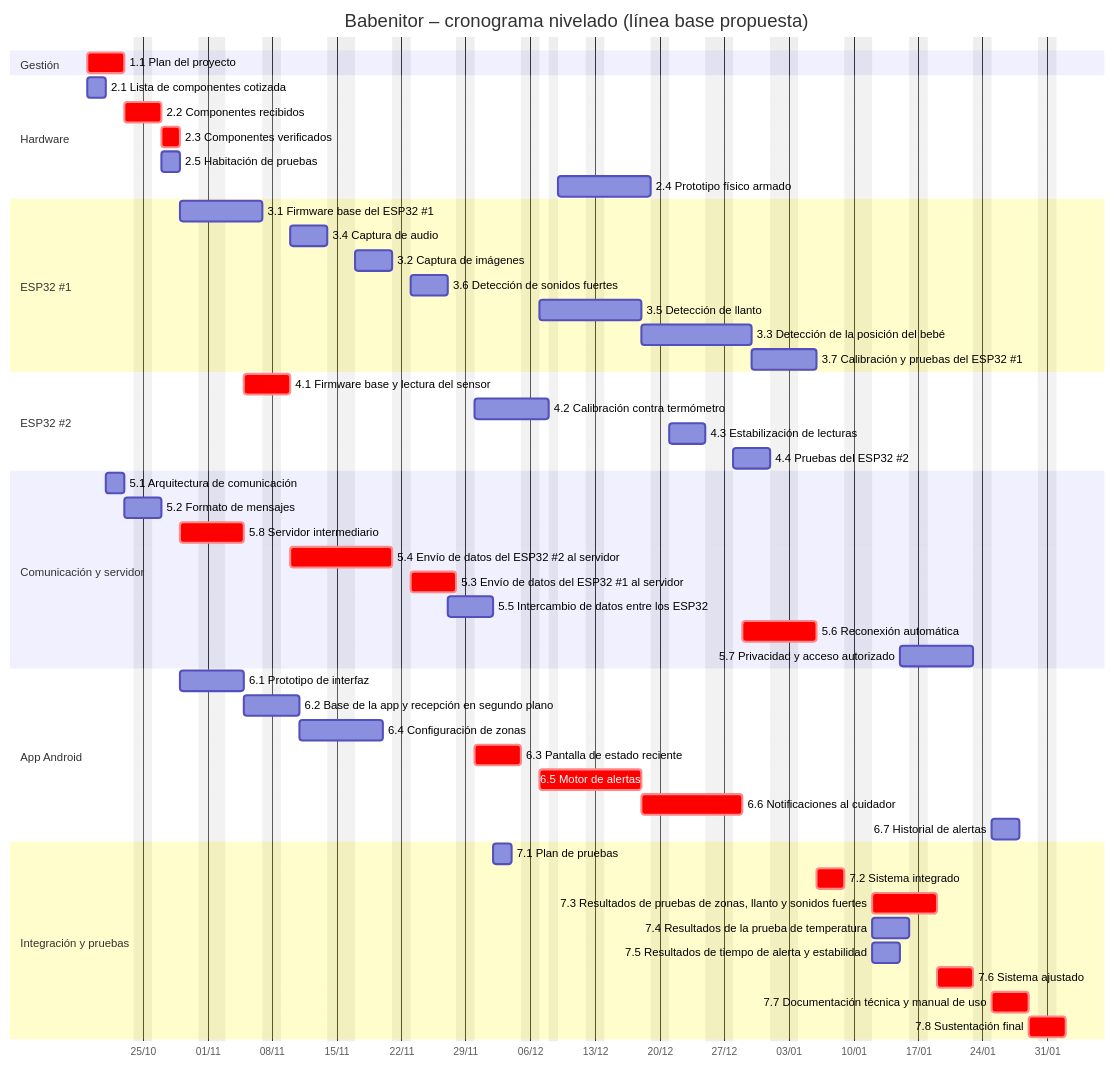
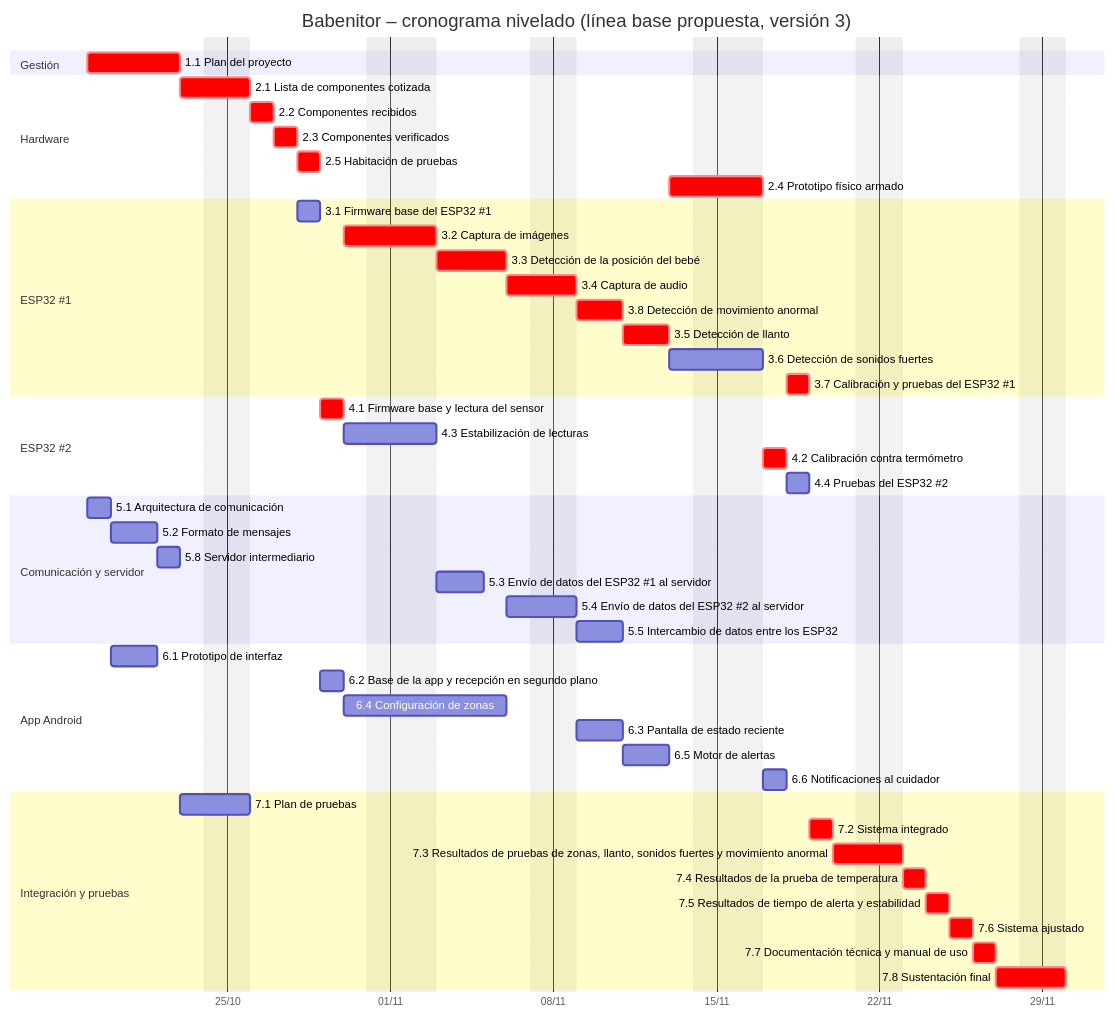
One commit to DilnLemos/Babenitor-Doc changed the second of 2 diagrams in Docs/5. Cronograma.md. Above: the diagram before and after it, drawn with Mermaid. The commit also changed other lines of this file and 6 other files, not shown here.

````diff
--- a/Docs/5. Cronograma.md
+++ b/Docs/5. Cronograma.md
@@ -549,54 +554,52 @@
 ```mermaid
 gantt
-  title Babenitor – cronograma nivelado (línea base propuesta)
+  title Babenitor – cronograma nivelado (línea base propuesta, versión 3)
   dateFormat YYYY-MM-DD
   axisFormat %d/%m
-  excludes weekends, 2026-11-02, 2026-11-16, 2026-12-08, 2026-12-25, 2027-01-01, 2027-01-11, 2027-03-22
+  excludes weekends, 2026-11-02, 2026-11-16, 2026-12-08
   section Gestión
   1.1 Plan del proyecto :crit, t11, 2026-10-19, 2026-10-23
   section Hardware
-  2.1 Lista de componentes cotizada :t21, 2026-10-19, 2026-10-21
-  2.2 Componentes recibidos :crit, t22, 2026-10-23, 2026-10-27
-  2.3 Componentes verificados :crit, t23, 2026-10-27, 2026-10-29
-  2.5 Habitación de pruebas :t25, 2026-10-27, 2026-10-29
-  2.4 Prototipo físico armado :t24, 2026-12-09, 2026-12-19
+  2.1 Lista de componentes cotizada :crit, t21, 2026-10-23, 2026-10-26
+  2.2 Componentes recibidos :crit, t22, 2026-10-26, 2026-10-27
+  2.3 Componentes verificados :crit, t23, 2026-10-27, 2026-10-28
+  2.5 Habitación de pruebas :crit, t25, 2026-10-28, 2026-10-29
+  2.4 Prototipo físico armado :crit, t24, 2026-11-13, 2026-11-17
   section ESP32 #1
-  3.1 Firmware base del ESP32 #1 :t31, 2026-10-29, 2026-11-07
-  3.4 Captura de audio :t34, 2026-11-10, 2026-11-14
-  3.2 Captura de imágenes :t32, 2026-11-17, 2026-11-21
-  3.6 Detección de sonidos fuertes :t36, 2026-11-23, 2026-11-27
-  3.5 Detección de llanto :t35, 2026-12-07, 2026-12-18
-  3.3 Detección de la posición del bebé :t33, 2026-12-18, 2026-12-30
-  3.7 Calibración y pruebas del ESP32 #1 :t37, 2026-12-30, 2027-01-06
+  3.1 Firmware base del ESP32 #1 :t31, 2026-10-28, 2026-10-29
+  3.2 Captura de imágenes :crit, t32, 2026-10-30, 2026-11-03
+  3.3 Detección de la posición del bebé :crit, t33, 2026-11-03, 2026-11-06
+  3.4 Captura de audio :crit, t34, 2026-11-06, 2026-11-09
+  3.8 Detección de movimiento anormal :crit, t38, 2026-11-09, 2026-11-11
+  3.5 Detección de llanto :crit, t35, 2026-11-11, 2026-11-13
+  3.6 Detección de sonidos fuertes :t36, 2026-11-13, 2026-11-17
+  3.7 Calibración y pruebas del ESP32 #1 :crit, t37, 2026-11-18, 2026-11-19
   section ESP32 #2
-  4.1 Firmware base y lectura del sensor :crit, t41, 2026-11-05, 2026-11-10
-  4.2 Calibración contra termómetro :t42, 2026-11-30, 2026-12-08
-  4.3 Estabilización de lecturas :t43, 2026-12-21, 2026-12-25
-  4.4 Pruebas del ESP32 #2 :t44, 2026-12-28, 2027-01-01
+  4.1 Firmware base y lectura del sensor :crit, t41, 2026-10-29, 2026-10-30
+  4.3 Estabilización de lecturas :t43, 2026-10-30, 2026-11-03
+  4.2 Calibración contra termómetro :crit, t42, 2026-11-17, 2026-11-18
+  4.4 Pruebas del ESP32 #2 :t44, 2026-11-18, 2026-11-19
   section Comunicación y servidor
-  5.1 Arquitectura de comunicación :t51, 2026-10-21, 2026-10-23
-  5.2 Formato de mensajes :t52, 2026-10-23, 2026-10-27
-  5.8 Servidor intermediario :crit, t58, 2026-10-29, 2026-11-05
-  5.4 Envío de datos del ESP32 #2 al servidor :crit, t54, 2026-11-10, 2026-11-21
-  5.3 Envío de datos del ESP32 #1 al servidor :crit, t53, 2026-11-23, 2026-11-28
-  5.5 Intercambio de datos entre los ESP32 :t55, 2026-11-27, 2026-12-02
-  5.6 Reconexión automática :crit, t56, 2026-12-29, 2027-01-06
-  5.7 Privacidad y acceso autorizado :t57, 2027-01-15, 2027-01-23
+  5.1 Arquitectura de comunicación :t51, 2026-10-19, 2026-10-20
+  5.2 Formato de mensajes :t52, 2026-10-20, 2026-10-22
+  5.8 Servidor intermediario :t58, 2026-10-22, 2026-10-23
+  5.3 Envío de datos del ESP32 #1 al servidor :t53, 2026-11-03, 2026-11-05
+  5.4 Envío de datos del ESP32 #2 al servidor :t54, 2026-11-06, 2026-11-09
+  5.5 Intercambio de datos entre los ESP32 :t55, 2026-11-09, 2026-11-11
   section App Android
-  6.1 Prototipo de interfaz :t61, 2026-10-29, 2026-11-05
-  6.2 Base de la app y recepción en segundo plano :t62, 2026-11-05, 2026-11-11
-  6.4 Configuración de zonas :t64, 2026-11-11, 2026-11-20
-  6.3 Pantalla de estado reciente :crit, t63, 2026-11-30, 2026-12-05
-  6.5 Motor de alertas :crit, t65, 2026-12-07, 2026-12-18
-  6.6 Notificaciones al cuidador :crit, t66, 2026-12-18, 2026-12-29
-  6.7 Historial de alertas :t67, 2027-01-25, 2027-01-28
+  6.1 Prototipo de interfaz :t61, 2026-10-20, 2026-10-22
+  6.2 Base de la app y recepción en segundo plano :t62, 2026-10-29, 2026-10-30
+  6.4 Configuración de zonas :t64, 2026-10-30, 2026-11-06
+  6.3 Pantalla de estado reciente :t63, 2026-11-09, 2026-11-11
+  6.5 Motor de alertas :t65, 2026-11-11, 2026-11-13
+  6.6 Notificaciones al cuidador :t66, 2026-11-17, 2026-11-18
   section Integración y pruebas
-  7.1 Plan de pruebas :t71, 2026-12-02, 2026-12-04
-  7.2 Sistema integrado :crit, t72, 2027-01-06, 2027-01-09
-  7.3 Resultados de pruebas de zonas, llanto y sonidos fuertes :crit, t73, 2027-01-12, 2027-01-19
-  7.4 Resultados de la prueba de temperatura :t74, 2027-01-12, 2027-01-16
-  7.5 Resultados de tiempo de alerta y estabilidad :t75, 2027-01-12, 2027-01-15
-  7.6 Sistema ajustado :crit, t76, 2027-01-19, 2027-01-23
-  7.7 Documentación técnica y manual de uso :crit, t77, 2027-01-25, 2027-01-29
-  7.8 Sustentación final :crit, t78, 2027-01-29, 2027-02-02
+  7.1 Plan de pruebas :t71, 2026-10-23, 2026-10-26
+  7.2 Sistema integrado :crit, t72, 2026-11-19, 2026-11-20
+  7.3 Resultados de pruebas de zonas, llanto, sonidos fuertes y movimiento anormal :crit, t73, 2026-11-20, 2026-11-23
+  7.4 Resultados de la prueba de temperatura :crit, t74, 2026-11-23, 2026-11-24
+  7.5 Resultados de tiempo de alerta y estabilidad :crit, t75, 2026-11-24, 2026-11-25
+  7.6 Sistema ajustado :crit, t76, 2026-11-25, 2026-11-26
+  7.7 Documentación técnica y manual de uso :crit, t77, 2026-11-26, 2026-11-27
+  7.8 Sustentación final :crit, t78, 2026-11-27, 2026-11-30
 ```
````
